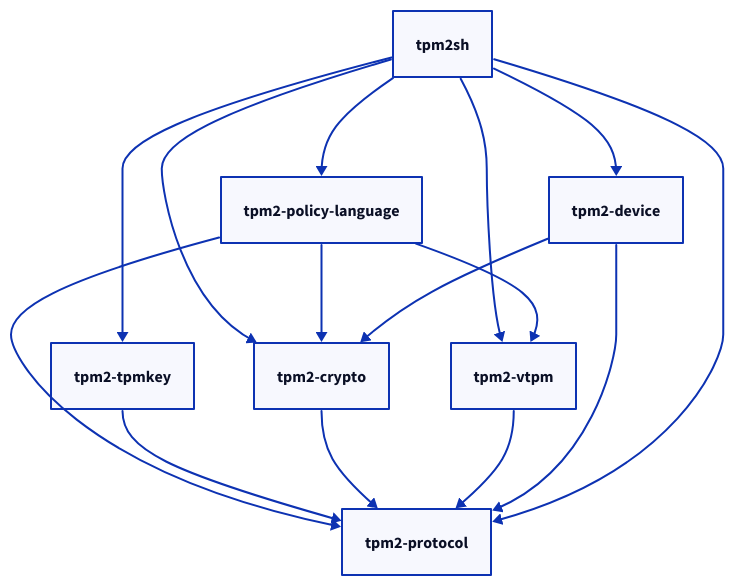
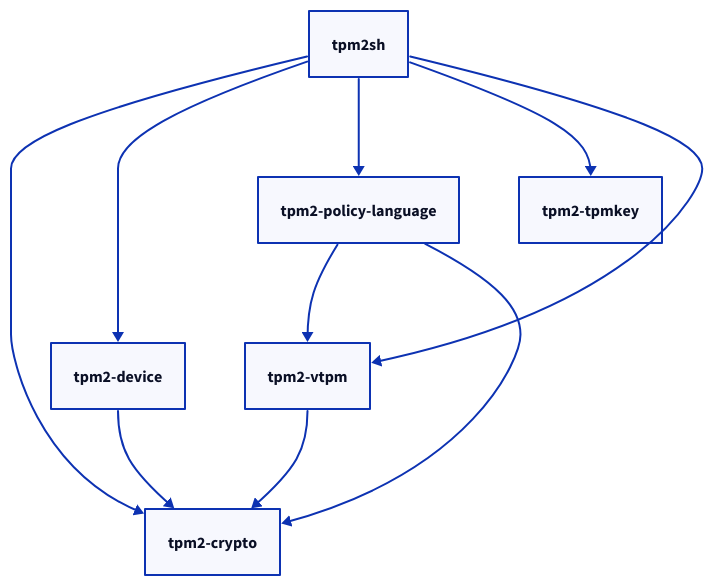
One commit to FlorianZ/tpm2-library changed the diagram in doc/dependency-graph.d2. Above: the diagram before and after it, drawn with D2.

Commit message:
docs: update dependency graph

```diff
--- a/doc/dependency-graph.d2
+++ b/doc/dependency-graph.d2
@@ -1,11 +1,11 @@
-tpm2sh -> tpm2-policy-language -> tpm2-protocol
-tpm2sh -> tpm2-tpmkey -> tpm2-protocol
-tpm2sh -> tpm2-crypto -> tpm2-protocol
-tpm2sh -> tpm2-vtpm -> tpm2-protocol
-tpm2sh -> tpm2-device -> tpm2-protocol
-tpm2sh -> tpm2-protocol
+tpm2sh -> tpm2-crypto
+tpm2sh -> tpm2-device
+tpm2sh -> tpm2-policy-language
+tpm2sh -> tpm2-tpmkey
+tpm2sh -> tpm2-vtpm
 
 tpm2-policy-language -> tpm2-vtpm
 tpm2-policy-language -> tpm2-crypto
 
 tpm2-device -> tpm2-crypto
+tpm2-vtpm -> tpm2-crypto
```
